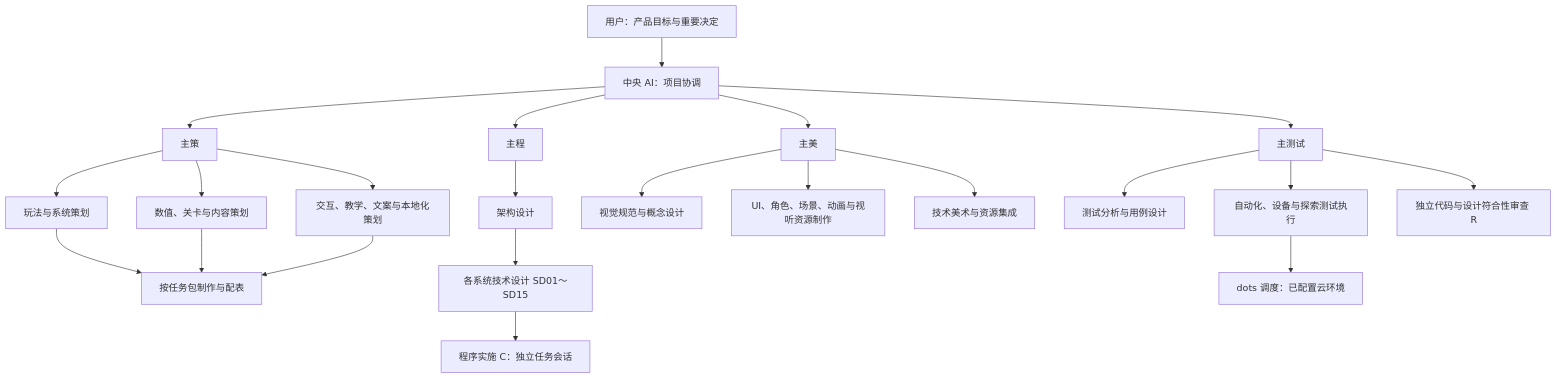
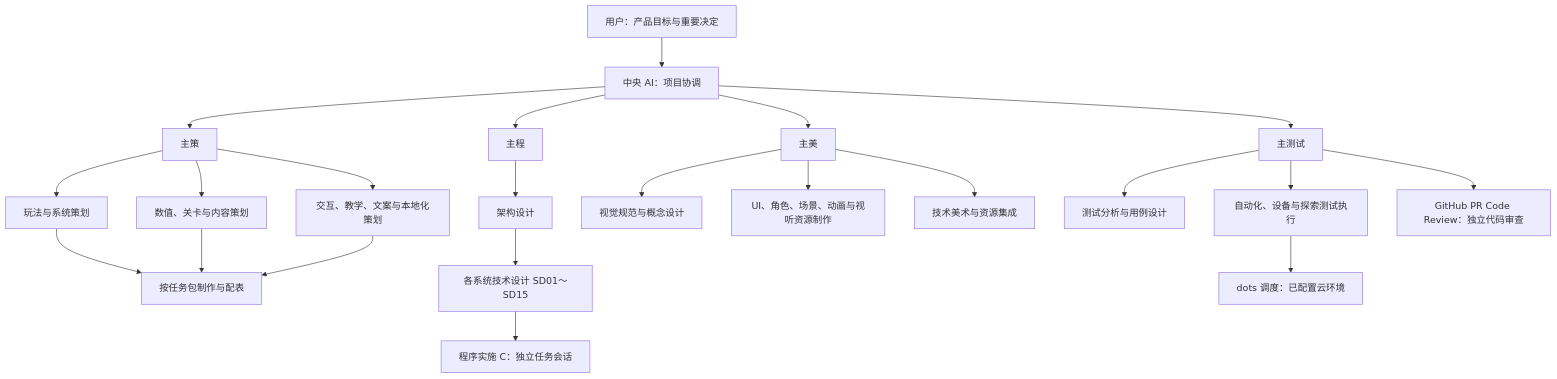
One commit to yyczz1/FightMatch changed the diagram in docs/architecture/2026-09-30-ai-team-organization.md. Above: the diagram before and after it, drawn with Mermaid. The commit also changed other lines of this file and 108 other files, not shown here.

First line of the commit message:
wip(ugui): prepare runtime migration for GitHub PR review

````diff
--- a/docs/architecture/2026-09-30-ai-team-organization.md
+++ b/docs/architecture/2026-09-30-ai-team-organization.md
@@ -9,24 +9,24 @@
 ```mermaid
 flowchart TD
     USER[用户：产品目标与重要决定] --> HUB[中央 AI：项目协调]
     HUB --> PLAN[主策]
     HUB --> DEV[主程]
     HUB --> ART[主美]
     HUB --> QA[主测试]
     PLAN --> P1[玩法与系统策划]
     PLAN --> P2[数值、关卡与内容策划]
     PLAN --> P3[交互、教学、文案与本地化策划]
     P1 --> PX[按任务包制作与配表]
     P2 --> PX
     P3 --> PX
     DEV --> ARCH[架构设计]
     ARCH --> SD[各系统技术设计 SD01～SD15]
     SD --> C[程序实施 C：独立任务会话]
     ART --> A1[视觉规范与概念设计]
     ART --> A2[UI、角色、场景、动画与视听资源制作]
     ART --> A3[技术美术与资源集成]
     QA --> Q1[测试分析与用例设计]
     QA --> Q2[自动化、设备与探索测试执行]
-    QA --> R[独立代码与设计符合性审查 R]
+    QA --> R[GitHub PR Code Review：独立代码审查]
     Q2 --> DOT[dots 调度：已配置云环境]
 ```
````
